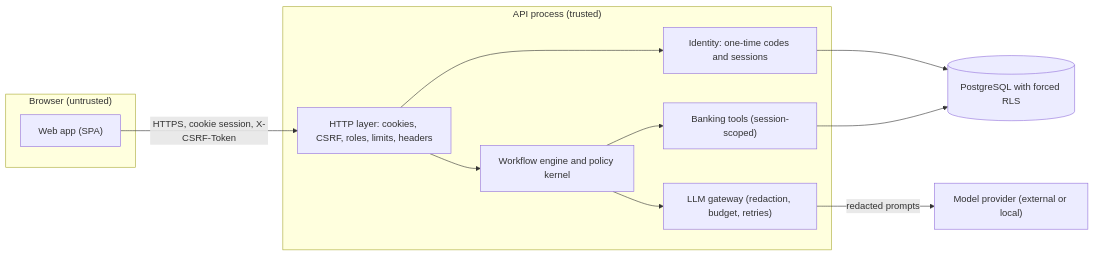
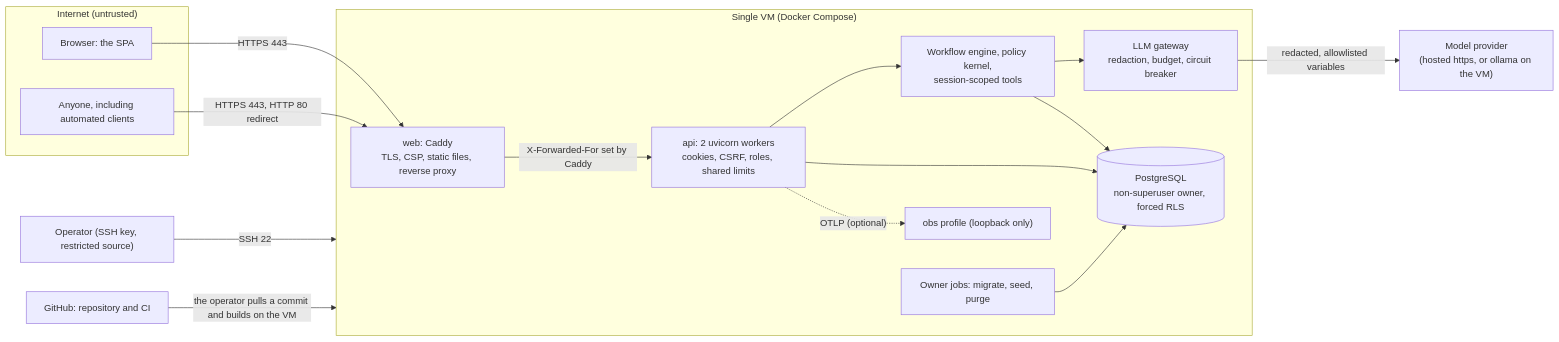
Before and after one commit to Youngermaster/factored-hackathon-2026-la-brasil-del-70: the diagram in docs/security/threat-model.md, drawn with Mermaid. The commit also changed other lines of this file, not shown here.

First line of the commit message:
docs(security): complete the threat model across the deployed topology

````diff
--- a/docs/security/threat-model.md
+++ b/docs/security/threat-model.md
@@ -5,23 +5,30 @@
 ```mermaid
 flowchart LR
-    subgraph browser["Browser (untrusted)"]
-        web["Web app (SPA)"]
+    subgraph internet["Internet (untrusted)"]
+        browser["Browser: the SPA"]
+        attacker["Anyone, including automated clients"]
     end
-    subgraph server["API process (trusted)"]
-        api["HTTP layer: cookies, CSRF, roles, limits, headers"]
-        engine["Workflow engine and policy kernel"]
-        tools["Banking tools (session-scoped)"]
-        gateway["LLM gateway (redaction, budget, retries)"]
-        identity["Identity: one-time codes and sessions"]
+    subgraph vm["Single VM (Docker Compose)"]
+        caddy["web: Caddy<br/>TLS, CSP, static files, reverse proxy"]
+        api["api: 2 uvicorn workers<br/>cookies, CSRF, roles, shared limits"]
+        engine["Workflow engine, policy kernel,<br/>session-scoped tools"]
+        gateway["LLM gateway<br/>redaction, budget, circuit breaker"]
+        pg[("PostgreSQL<br/>non-superuser owner, forced RLS")]
+        jobs["Owner jobs: migrate, seed, purge"]
+        obs["obs profile (loopback only)"]
     end
-    db[("PostgreSQL with forced RLS")]
-    llm["Model provider (external or local)"]
-    web -- "HTTPS, cookie session, X-CSRF-Token" --> api
-    api --> identity
-    api --> engine
-    engine --> tools
-    engine --> gateway
-    gateway -- "redacted prompts" --> llm
-    tools --> db
-    identity --> db
+    provider["Model provider<br/>(hosted https, or ollama on the VM)"]
+    operator["Operator (SSH key, restricted source)"]
+    ci["GitHub: repository and CI"]
+    browser -- "HTTPS 443" --> caddy
+    attacker -- "HTTPS 443, HTTP 80 redirect" --> caddy
+    caddy -- "X-Forwarded-For set by Caddy" --> api
+    api --> engine --> gateway
+    gateway -- "redacted, allowlisted variables" --> provider
+    engine --> pg
+    api --> pg
+    jobs --> pg
+    api -. "OTLP (optional)" .-> obs
+    operator -- "SSH 22" --> vm
+    ci -- "the operator pulls a commit and builds on the VM" --> vm
 ```
````
